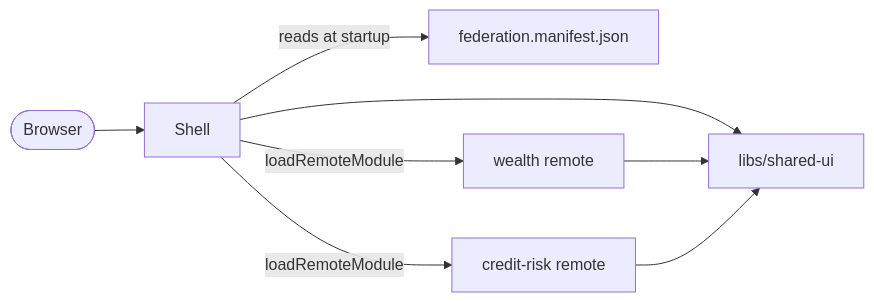
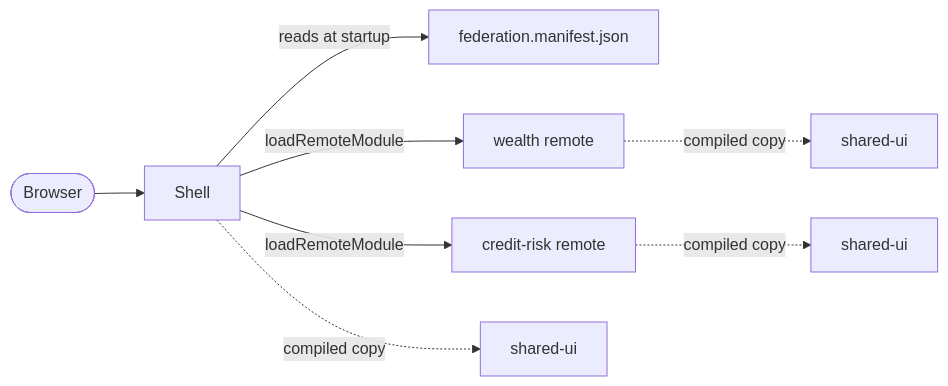
One commit to swarajshandilya/bank-mfe-portal changed the first of 2 diagrams in docs/architecture.md. Above: the diagram before and after it, drawn with Mermaid. The commit also changed other lines of this file and 6 other files, not shown here.

Commit message:
docs: add ADR 0007 on independent releasability and update architecture

````diff
--- a/docs/architecture.md
+++ b/docs/architecture.md
@@ -9,11 +9,10 @@
 ```mermaid
 flowchart LR
   User([Browser]) --> Shell
   Shell -- reads at startup --> Manifest[federation.manifest.json]
   Shell -- loadRemoteModule --> Wealth[wealth remote]
   Shell -- loadRemoteModule --> Credit[credit-risk remote]
-  Shell --> UI
-  Wealth --> UI
-  Credit --> UI
-  UI[libs/shared-ui]
+  Shell -. compiled copy .-> UI1[shared-ui]
+  Wealth -. compiled copy .-> UI2[shared-ui]
+  Credit -. compiled copy .-> UI3[shared-ui]
 ```
````
